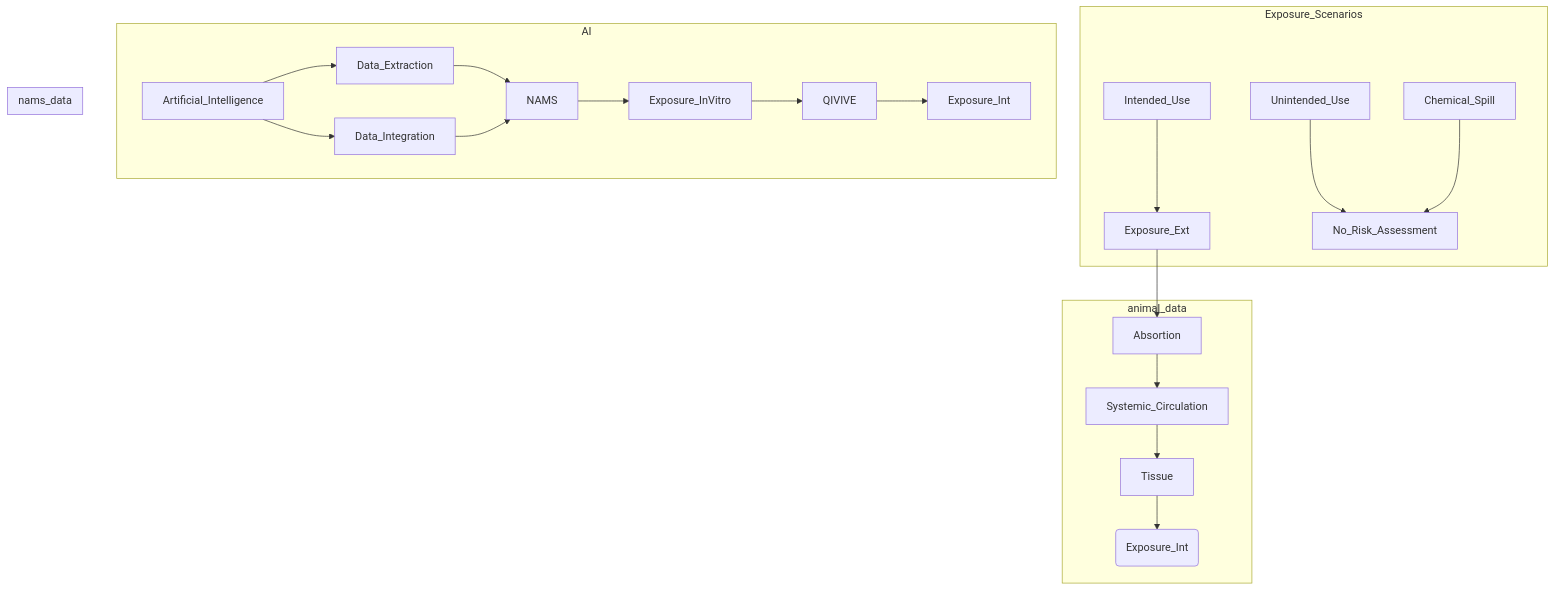
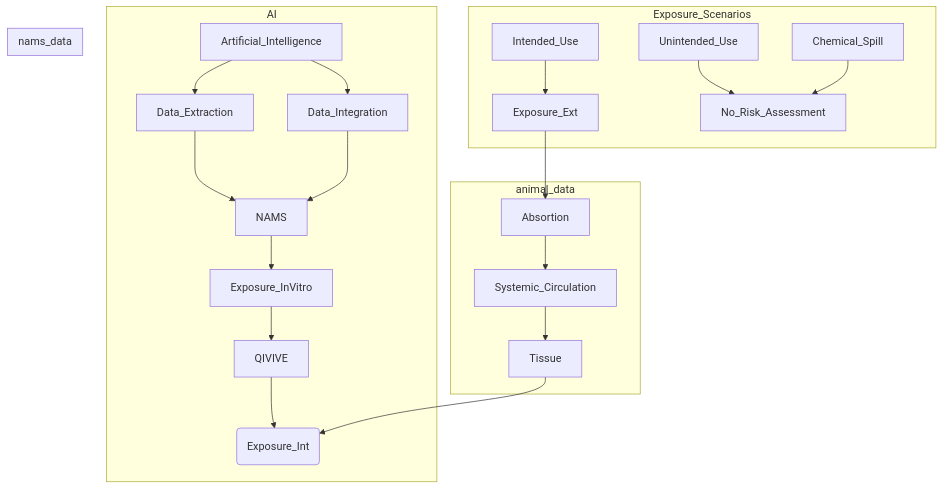
The diagram in ProbRA.md (ontox-hu/workflows), drawn with Mermaid before and after one commit.

````diff
--- a/ProbRA.md
+++ b/ProbRA.md
@@ -2,47 +2,47 @@
 ```mermaid
 flowchart TD
 
 
   subgraph Exposure_Scenarios
   
   Intended_Use-->Exposure_Ext
   Unintended_Use-->No_Risk_Assessment
   Chemical_Spill-->No_Risk_Assessment
   
   end
 
   %%%%%%%%%%%%%%%%%%%%%%%%%%%%%%%%%%%%%%%%%%%%%%%%%%%
 
   subgraph AI
 
   Artificial_Intelligence-->Data_Extraction
   Data_Extraction-->NAMS
   Artificial_Intelligence-->Data_Integration
   Data_Integration-->NAMS
   Exposure_InVitro-->QIVIVE
   QIVIVE-->Exposure_Int
   
   end
   
   %%%%%%%%%%%%%%%%%%%%%%%%%%%%%%%%%%%%%%%%%%%%%%%%%
   
   subgraph animal_data
   
   Exposure_Ext-->Absortion
   Absortion-->Systemic_Circulation
   Systemic_Circulation-->Tissue
-  Tissue-->Exposure_Int_/\_(Exposure_Int)
+  Tissue-->Exposure_Int(Exposure_Int)
   
   end
   
   %%%%%%%%%%%%%%%%%%%%%%%%%%%%%%%%%%%%%%%%%%%%%%%%%%
   
   subgraph nams_data
   
   NAMS-->Exposure_InVitro
   
   end
   
   %%%%%%%%%%%%%%%%%%%%%%%%%%%%%%%%%%%%%%%%%%%%%%%%%%%
   
 ```
````
